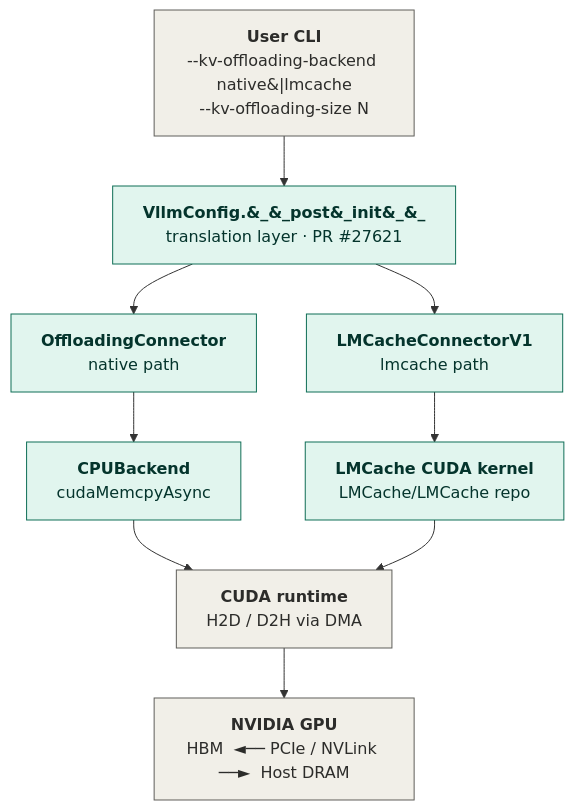
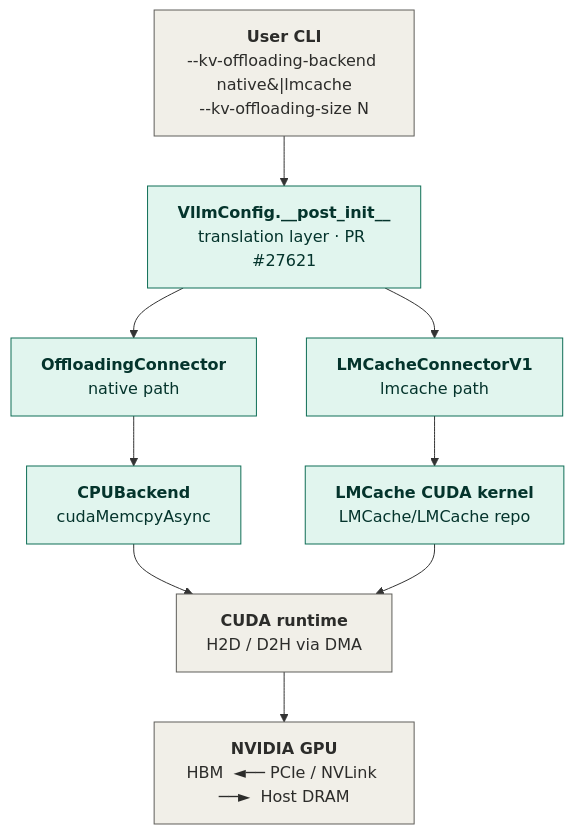
Before and after one commit to SammLSH/vllm-ascend: the first of 9 diagrams in RFC_kv_offloading_backend.md, drawn with Mermaid. The commit also changed other lines of this file, not shown here.

First line of the commit message:
docs: replace HTML entity underscores with literal underscores in mermaid labels

````diff
--- a/RFC_kv_offloading_backend.md
+++ b/RFC_kv_offloading_backend.md
@@ -46,31 +46,31 @@
 ```mermaid
 flowchart TD
     CLI["<b>User CLI</b><br/>--kv-offloading-backend native&#124;lmcache<br/>--kv-offloading-size N"]
 
-    UP["<b>VllmConfig.&#95;&#95;post&#95;init&#95;&#95;</b><br/>translation layer · PR #27621"]
+    UP["<b>VllmConfig.__post_init__</b><br/>translation layer · PR #27621"]
 
     OC["<b>OffloadingConnector</b><br/>native path"]
     LC["<b>LMCacheConnectorV1</b><br/>lmcache path"]
 
     CPUB["<b>CPUBackend</b><br/>cudaMemcpyAsync"]
     LCK["<b>LMCache CUDA kernel</b><br/>LMCache/LMCache repo"]
 
     CUDA["<b>CUDA runtime</b><br/>H2D / D2H via DMA"]
 
     GPU["<b>NVIDIA GPU</b><br/>HBM &nbsp;◄── PCIe / NVLink ──►&nbsp; Host DRAM"]
 
     CLI --> UP
     UP --> OC
     UP --> LC
     OC --> CPUB
     LC --> LCK
     CPUB --> CUDA
     LCK --> CUDA
     CUDA --> GPU
 
     classDef external fill:#F1EFE8,stroke:#5F5E5A,stroke-width:1px,color:#2C2C2A
     classDef existing fill:#E1F5EE,stroke:#0F6E56,stroke-width:1px,color:#04342C
 
     class CLI,CUDA,GPU external
     class UP,OC,LC,CPUB,LCK existing
 ```
````
